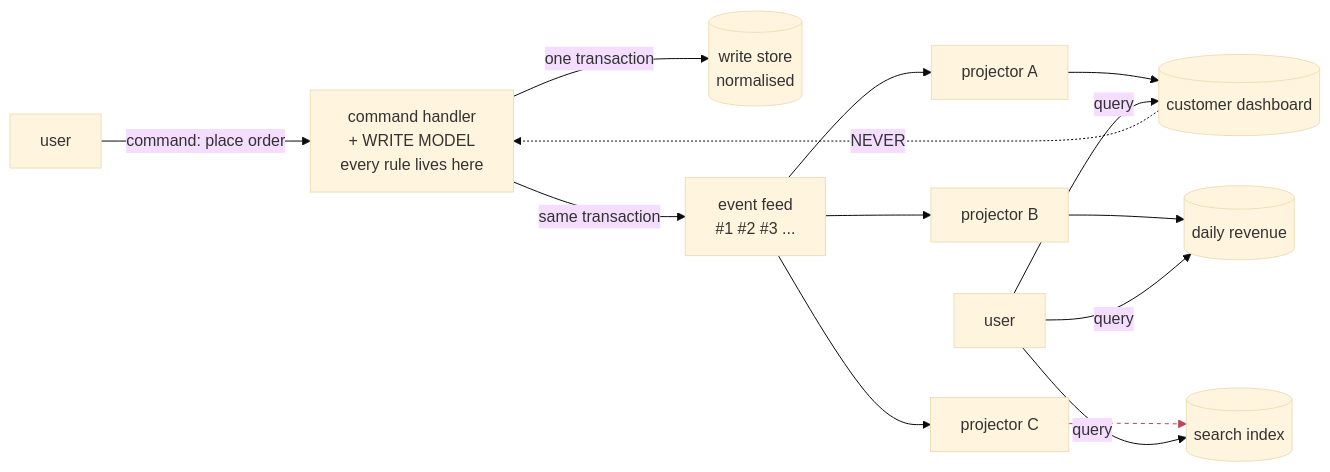
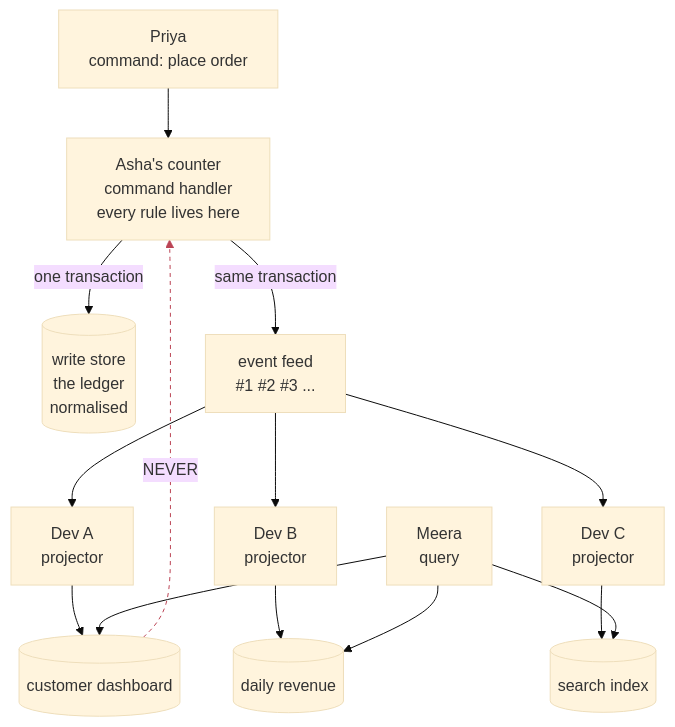
The first of 2 diagrams in 51-cqrs/README.md (ravivarmachaluvadi/Learning), drawn with Mermaid (base theme) before and after one commit. The commit also changed other lines of this file, not shown here.

````diff
--- a/51-cqrs/README.md
+++ b/51-cqrs/README.md
@@ -390,14 +397,14 @@
 ```mermaid
-flowchart LR
-    U["user"] -->|"command: place order"| C["command handler<br/>+ WRITE MODEL<br/>every rule lives here"]
-    C -->|"one transaction"| WDB[("write store<br/>normalised")]
-    C -->|"same transaction"| E["event feed<br/>#1 #2 #3 ..."]
-    E --> P1["projector A"] --> R1[("customer dashboard")]
-    E --> P2["projector B"] --> R2[("daily revenue")]
-    E --> P3["projector C"] --> R3[("search index")]
-    U2["user"] -->|"query"| R1
-    U2 -->|"query"| R2
-    U2 -->|"query"| R3
+flowchart TD
+    U["Priya<br>command: place order"] --> C["Asha's counter<br>command handler<br>every rule lives here"]
+    C -->|"one transaction"| WDB[("write store<br>the ledger<br>normalised")]
+    C -->|"same transaction"| E["event feed<br>#1 #2 #3 ..."]
+    E --> P1["Dev A<br>projector"] --> R1[("customer dashboard")]
+    E --> P2["Dev B<br>projector"] --> R2[("daily revenue")]
+    E --> P3["Dev C<br>projector"] --> R3[("search index")]
+    U2["Meera<br>query"] --> R1
+    U2 --> R2
+    U2 --> R3
     R1 -. "NEVER" .-> C
-    linkStyle 8 stroke:#b45,stroke-dasharray:4 4
+    linkStyle 12 stroke:#b45,stroke-dasharray:4 4
 ```
````
